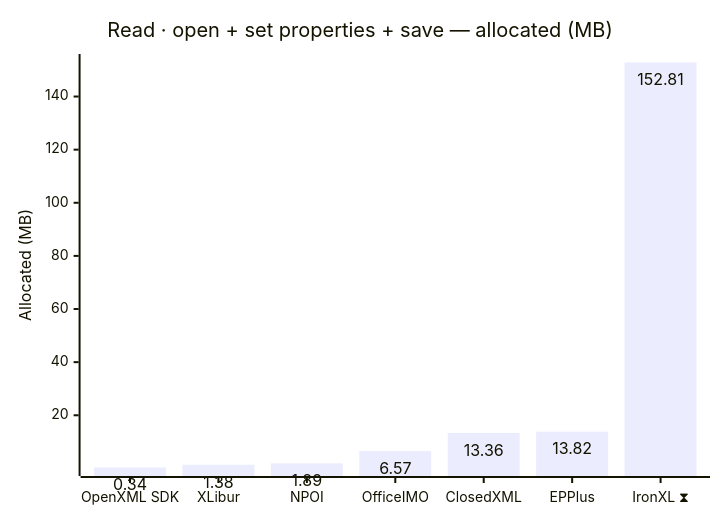
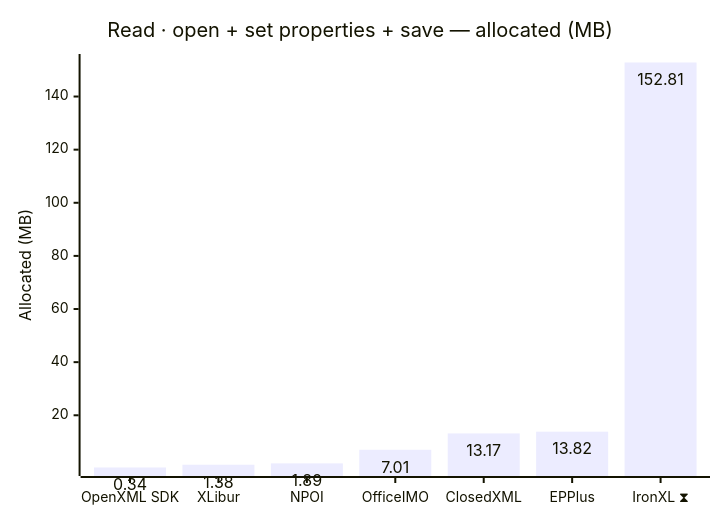
Before and after one commit to jafin/XLBench: the second of 18 diagrams in docs/results-ci.md, drawn with Mermaid. The commit also changed other lines of this file, not shown here.

````diff
--- a/docs/results-ci.md
+++ b/docs/results-ci.md
@@ -56,12 +56,12 @@
 ```mermaid
 ---
 config:
   xyChart:
     showDataLabel: true
 ---
 xychart-beta
     title "Read · open + set properties + save — allocated (MB)"
     x-axis ["OpenXML SDK", "XLibur", "NPOI", "OfficeIMO", "ClosedXML", "EPPlus", "IronXL ⧗"]
     y-axis "Allocated (MB)"
-    bar [0.34, 1.38, 1.89, 6.57, 13.36, 13.82, 152.81]
+    bar [0.34, 1.38, 1.89, 7.01, 13.17, 13.82, 152.81]
 ```
````
